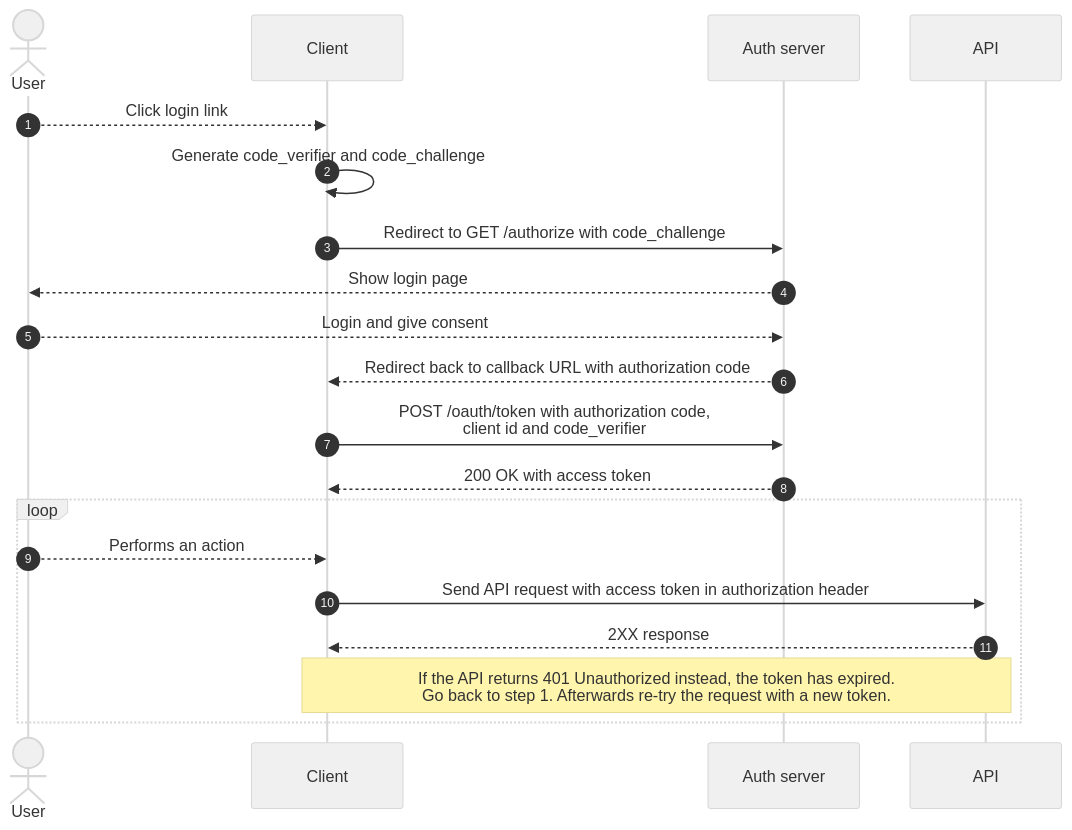
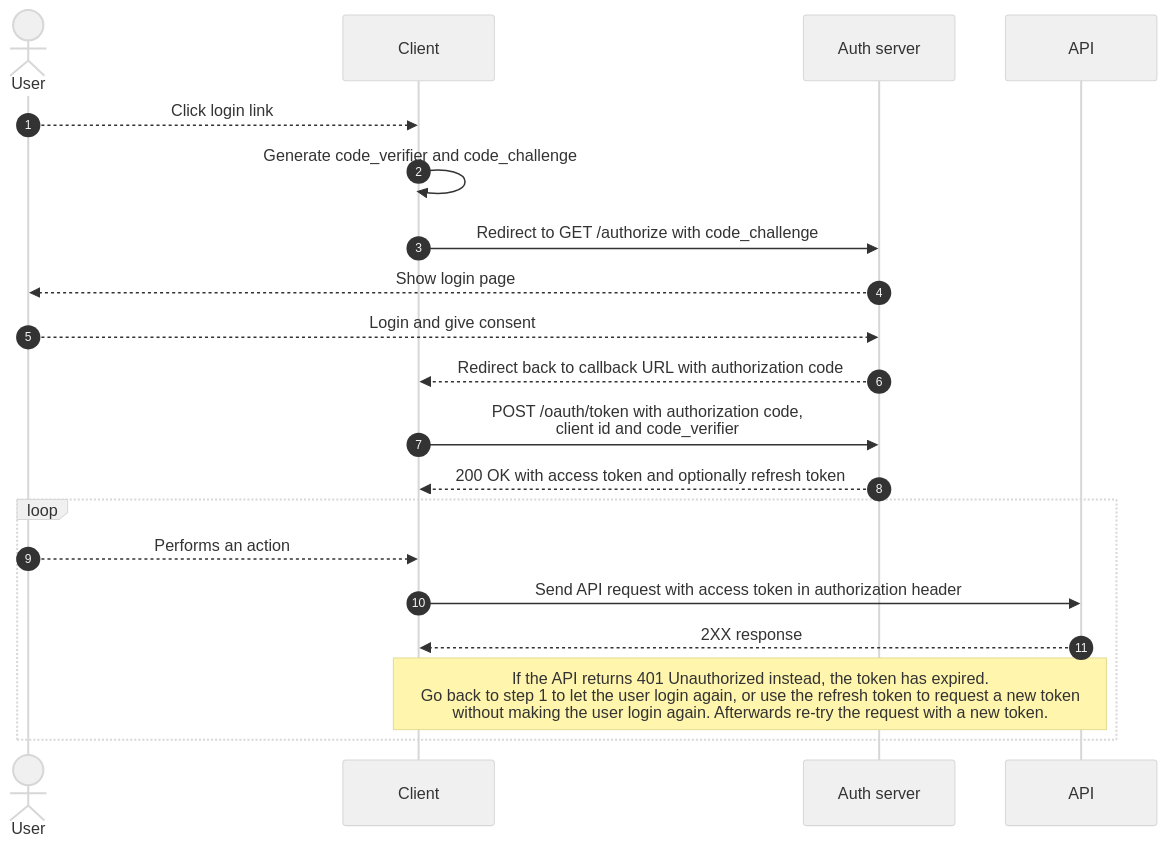
Before and after one commit to cultuurnet/apidocs: the second of 2 diagrams in projects/authentication/docs/user-access-token.md, drawn with Mermaid. The commit also changed other lines of this file, not shown here.

Commit message:
Document how to request a refresh token together with the access token

````diff
--- a/projects/authentication/docs/user-access-token.md
+++ b/projects/authentication/docs/user-access-token.md
@@ -144,20 +145,20 @@
 ```mermaid
 %%{init: {'theme':'base', 'themeVariables': { 'primaryColor': '#f0f0f0', 'fontFamily': 'Helvetica' }, 'sequence': { 'actorFontFamily': 'Helvetica', 'noteFontFamily': 'Helvetica', 'messageFontFamily': 'Helvetica' } }}%%
 sequenceDiagram
     autonumber
     actor User
     User-->>Client: Click login link
     Client->>Client: Generate code_verifier and code_challenge
     Client->>Auth server: Redirect to GET /authorize with code_challenge
     Auth server-->>User: Show login page
     User-->>Auth server: Login and give consent
     Auth server-->>Client: Redirect back to callback URL with authorization code
     Client->>Auth server: POST /oauth/token with authorization code,<br /> client id and code_verifier
-    Auth server-->>Client: 200 OK with access token
+    Auth server-->>Client: 200 OK with access token and optionally refresh token
     loop
         User-->>Client: Performs an action
         Client->>API: Send API request with access token in authorization header
         API-->>Client: 2XX response
-        note over API,Client: If the API returns 401 Unauthorized instead, the token has expired.<br />Go back to step 1. Afterwards re-try the request with a new token.
+        note over API,Client: If the API returns 401 Unauthorized instead, the token has expired.<br />Go back to step 1 to let the user login again, or use the refresh token to request a new token<br />without making the user login again. Afterwards re-try the request with a new token.
     end
 ```
````
